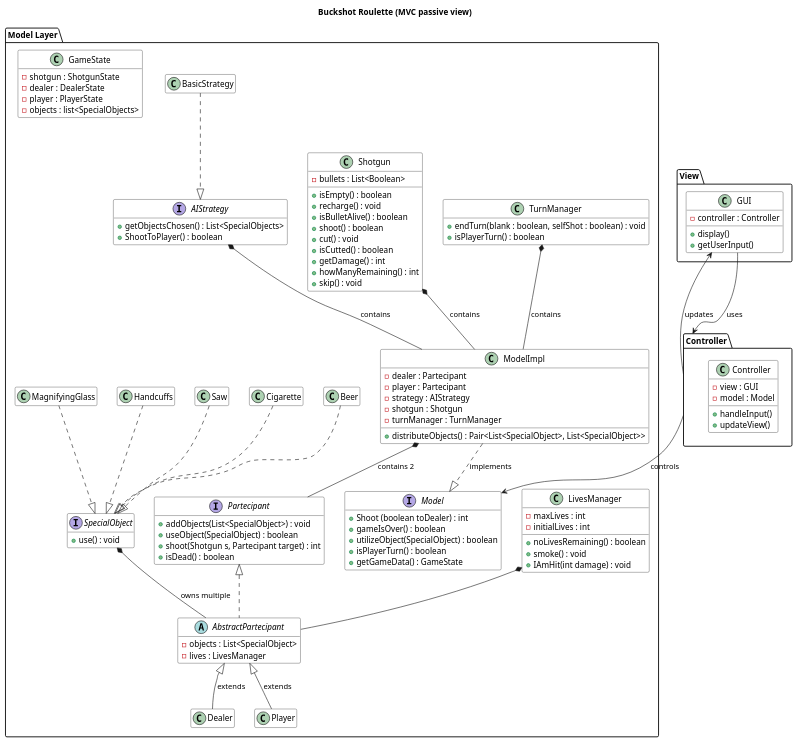
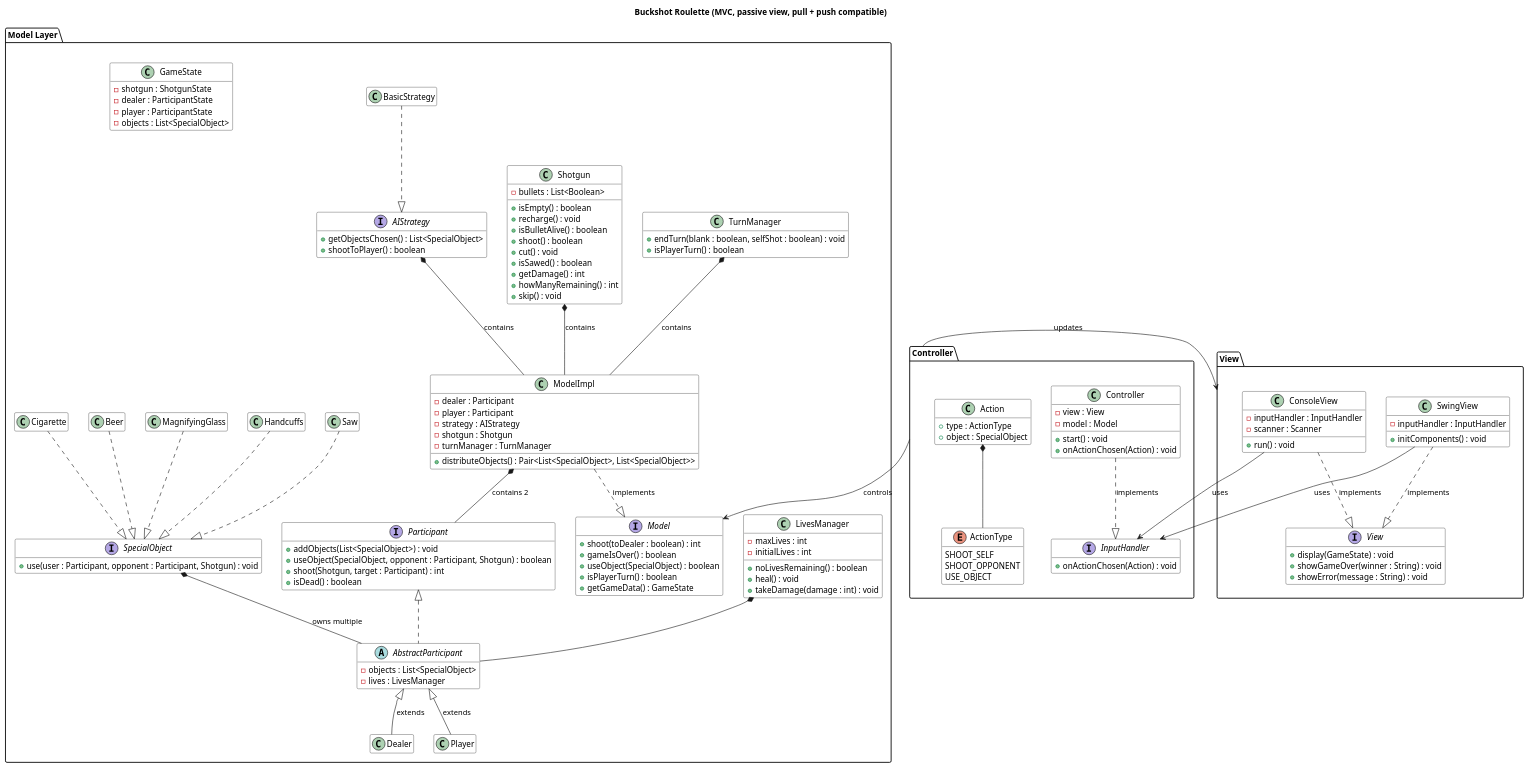
One commit to Farios0/BuckShot-OOP changed the diagram in docs/UML/UML.puml. Above: the diagram before and after it, drawn with PlantUML. The commit also changed 10 other files, not shown here.

Commit message:
Updated the architecture and some initial classes

```diff
--- a/docs/UML/UML.puml
+++ b/docs/UML/UML.puml
@@ -1,158 +1,183 @@
 @startuml Buckshot Roulette
-title Buckshot Roulette (MVC passive view)
+title Buckshot Roulette (MVC, passive view, pull + push compatible)
 skinparam {
-  ClassBackgroundColor White
-  ClassBorderColor Black
-  FontSize 12
-  TitleFontSize 14
-  TitleFontStyle bold
+    ClassBackgroundColor White
+    ClassBorderColor Black
+    FontSize 12
+    TitleFontSize 14
+    TitleFontStyle bold
 }
 
 hide empty members
 
 package "Model Layer" {
+
     interface Model {
-        + Shoot (boolean toDealer) : int
+        + shoot(toDealer : boolean) : int
         + gameIsOver() : boolean
-        + utilizeObject(SpecialObject) : boolean
+        + useObject(SpecialObject) : boolean
         + isPlayerTurn() : boolean
         + getGameData() : GameState
     }
-  
+
     class ModelImpl {
-        + distributeObjects() : Pair<List<SpecialObject>, List<SpecialObject>>
-        - dealer : Partecipant
-        - player : Partecipant
+        - dealer : Participant
+        - player : Participant
         - strategy : AIStrategy
         - shotgun : Shotgun
         - turnManager : TurnManager
+        + distributeObjects() : Pair<List<SpecialObject>, List<SpecialObject>>
     }
-  
     ModelImpl ..|> Model : implements
 
-
-
-    interface Partecipant {
+    interface Participant {
         + addObjects(List<SpecialObject>) : void
-        + useObject(SpecialObject) : boolean
-        + shoot(Shotgun s, Partecipant target) : int
+        + useObject(SpecialObject, opponent : Participant, Shotgun) : boolean
+        + shoot(Shotgun, target : Participant) : int
         + isDead() : boolean
     }
 
-    abstract class AbstractPartecipant  {
+    abstract class AbstractParticipant {
         - objects : List<SpecialObject>
-        - lives : LivesManager 
+        - lives : LivesManager
     }
 
     class TurnManager {
-      + endTurn(blank : boolean, selfShot : boolean) : void
-      + isPlayerTurn() : boolean
+        + endTurn(blank : boolean, selfShot : boolean) : void
+        + isPlayerTurn() : boolean
     }
-    
+
     class Dealer {
-        
     }
-    
+
     class Player {
-        
     }
-    
-    AbstractPartecipant <|-- Dealer : extends
-    AbstractPartecipant <|-- Player : extends
-    Partecipant <|.. AbstractPartecipant
+
+    AbstractParticipant <|-- Dealer : extends
+    AbstractParticipant <|-- Player : extends
+    Participant <|.. AbstractParticipant
 
     interface SpecialObject {
-    + use() : void
+        + use(user : Participant, opponent : Participant, Shotgun) : void
     }
 
     class LivesManager {
         - maxLives : int
         - initialLives : int
         + noLivesRemaining() : boolean
-        + smoke() : void
-        + IAmHit(int damage) : void
+        + heal() : void
+        + takeDamage(damage : int) : void
     }
 
     class Shotgun {
         - bullets : List<Boolean>
         + isEmpty() : boolean
         + recharge() : void
         + isBulletAlive() : boolean
         + shoot() : boolean
         + cut() : void
-        + isCutted() : boolean
+        + isSawed() : boolean
         + getDamage() : int
         + howManyRemaining() : int
         + skip() : void
     }
 
-    Interface AIStrategy {
-        + getObjectsChosen() : List<SpecialObjects>
-        + ShootToPlayer() : boolean
+    interface AIStrategy {
+        + getObjectsChosen() : List<SpecialObject>
+        + shootToPlayer() : boolean
     }
 
     class BasicStrategy {
+    }
 
-    }
-    
     class GameState {
         - shotgun : ShotgunState
-        - dealer : DealerState
-        - player : PlayerState
-        - objects : list<SpecialObjects>
+        - dealer : ParticipantState
+        - player : ParticipantState
+        - objects : List<SpecialObject>
     }
 
     class Beer {
-
     }
 
     class Cigarette {
-
     }
 
     class Saw {
-
     }
 
     class Handcuffs {
-
     }
 
     class MagnifyingGlass {
-
     }
 }
+
 package "Controller" {
-  class Controller {
-    - view : GUI
-    - model : Model
-    + handleInput()
-    + updateView()
-  }
-}  
+
+    interface InputHandler {
+        + onActionChosen(Action) : void
+    }
+
+    class Action {
+        + type : ActionType
+        + object : SpecialObject
+    }
+
+    enum ActionType {
+        SHOOT_SELF
+        SHOOT_OPPONENT
+        USE_OBJECT
+    }
+
+    class Controller {
+        - view : View
+        - model : Model
+        + start() : void
+        + onActionChosen(Action) : void
+    }
+    Controller ..|> InputHandler : implements
+    Action *-- ActionType
+}
 
 package "View" {
-  class GUI {
-    - controller : Controller
-    + display()
-    + getUserInput()
-  }
+
+    interface View {
+        + display(GameState) : void
+        + showGameOver(winner : String) : void
+        + showError(message : String) : void
+    }
+
+    class ConsoleView {
+        - inputHandler : InputHandler
+        - scanner : Scanner
+        + run() : void
+    }
+
+    class SwingView {
+        - inputHandler : InputHandler
+        + initComponents() : void
+    }
+
+    ConsoleView ..|> View : implements
+    SwingView ..|> View : implements
+    ConsoleView --> InputHandler : uses
+    SwingView --> InputHandler : uses
 }
 
-ModelImpl *-- Partecipant : contains 2
-SpecialObject *-- AbstractPartecipant : owns multiple
-LivesManager *-- AbstractPartecipant
+ModelImpl *-- Participant : contains 2
+SpecialObject *-- AbstractParticipant : owns multiple
+LivesManager *-- AbstractParticipant
 Controller --> Model : controls
-GUI --> Controller : uses
-Controller --> GUI : updates
-Shotgun *--down ModelImpl : contains
+Controller --> View : updates
+Shotgun *-down- ModelImpl : contains
 AIStrategy *-- ModelImpl : contains
 TurnManager *-- ModelImpl : contains
 Beer ..|> SpecialObject
 Handcuffs ..|> SpecialObject
 Cigarette ..|> SpecialObject
 MagnifyingGlass ..|> SpecialObject
 Saw ..|> SpecialObject
 BasicStrategy ..|> AIStrategy
 
 @enduml
```
